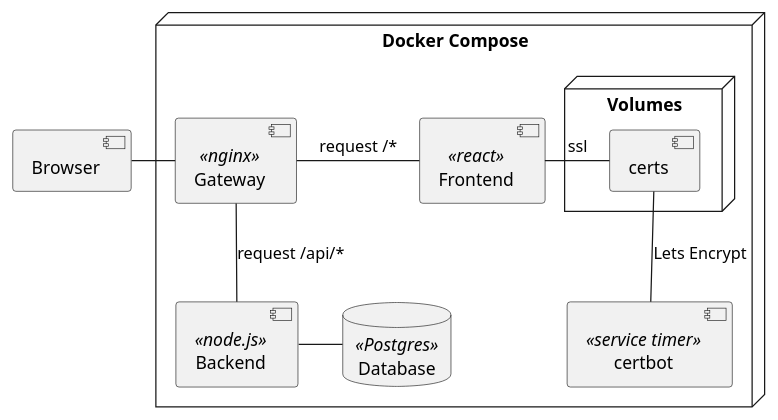
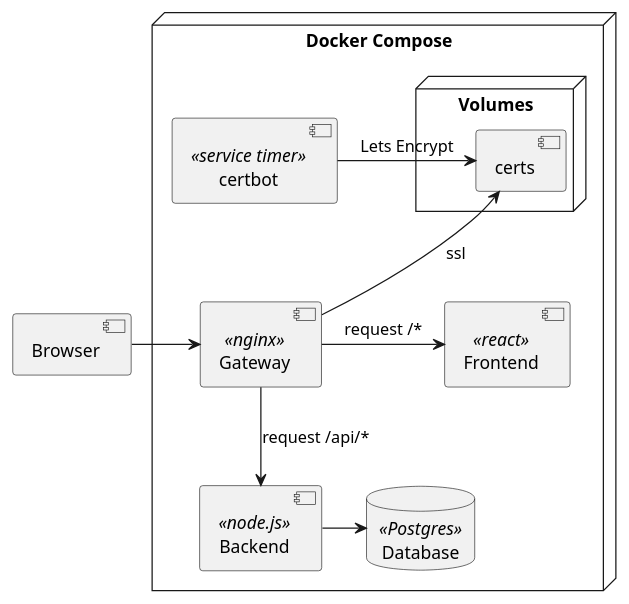
One commit to games2click/games2click.github.io changed the diagram in docs/technical_documentation/components/components.puml. Above: the diagram before and after it, drawn with PlantUML.

Commit message:
Rearrange layout

```diff
--- a/docs/technical_documentation/components/components.puml
+++ b/docs/technical_documentation/components/components.puml
@@ -1,24 +1,25 @@
 @startuml
 
 component Browser {
 }
 
 node "Docker Compose" {
     [Gateway] <<nginx>>
     [Frontend] <<react>>
     [certbot] <<service timer>>
     [Backend] <<node.js>>
     database "Database" <<Postgres>>
+
     node "Volumes" {
         [certs]
     }
 }
 
-Browser -r- Gateway
-Gateway -r- Frontend : request /*
-Frontend -r- certs : ssl
-Gateway -d- Backend : request /api/*
-Backend -r- "Database"
+Browser -r-> Gateway
+Gateway -u-> certs : ssl
+Gateway -r-> Frontend : request /*
+Gateway -d-> Backend : request /api/*
+Backend -r-> "Database"
 
-certbot -u- certs : Lets Encrypt
+certbot -l-> certs : Lets Encrypt
 @enduml
```
